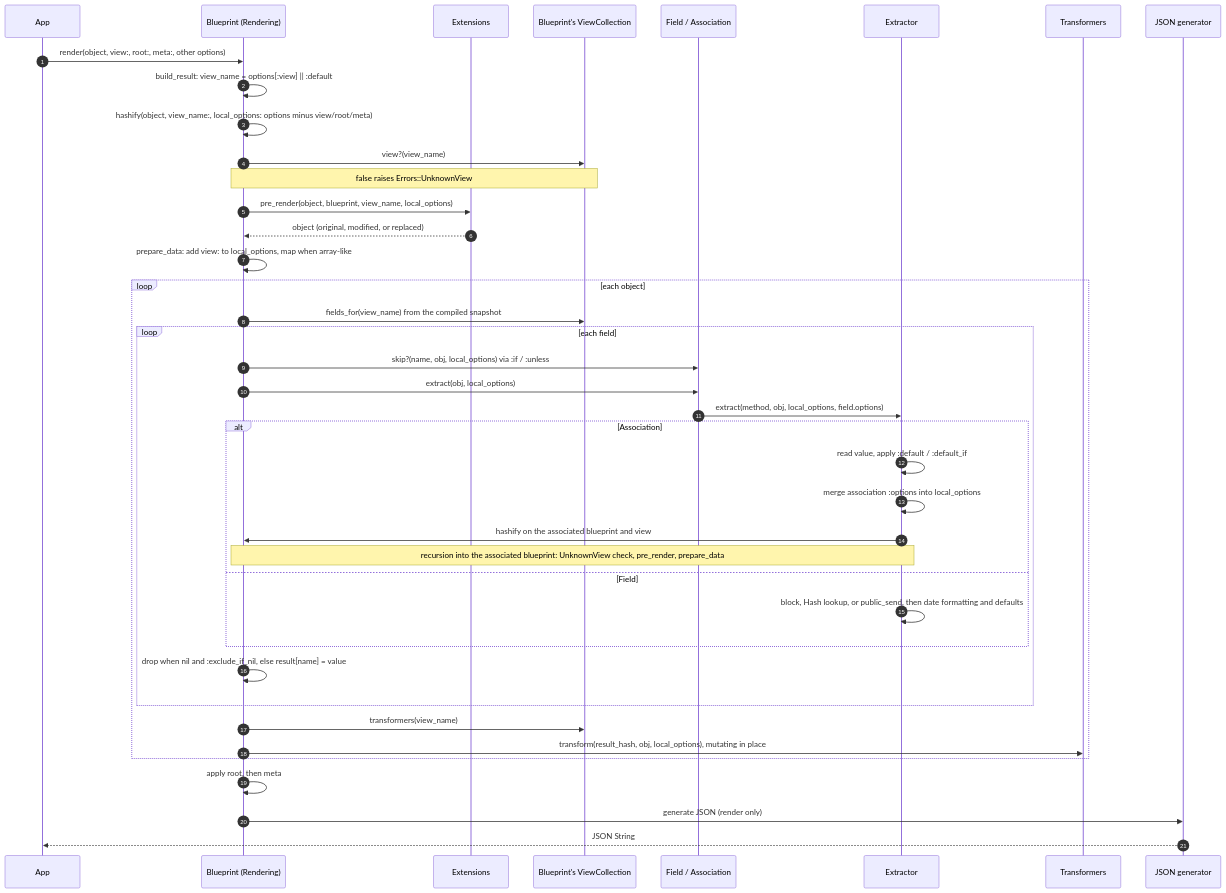
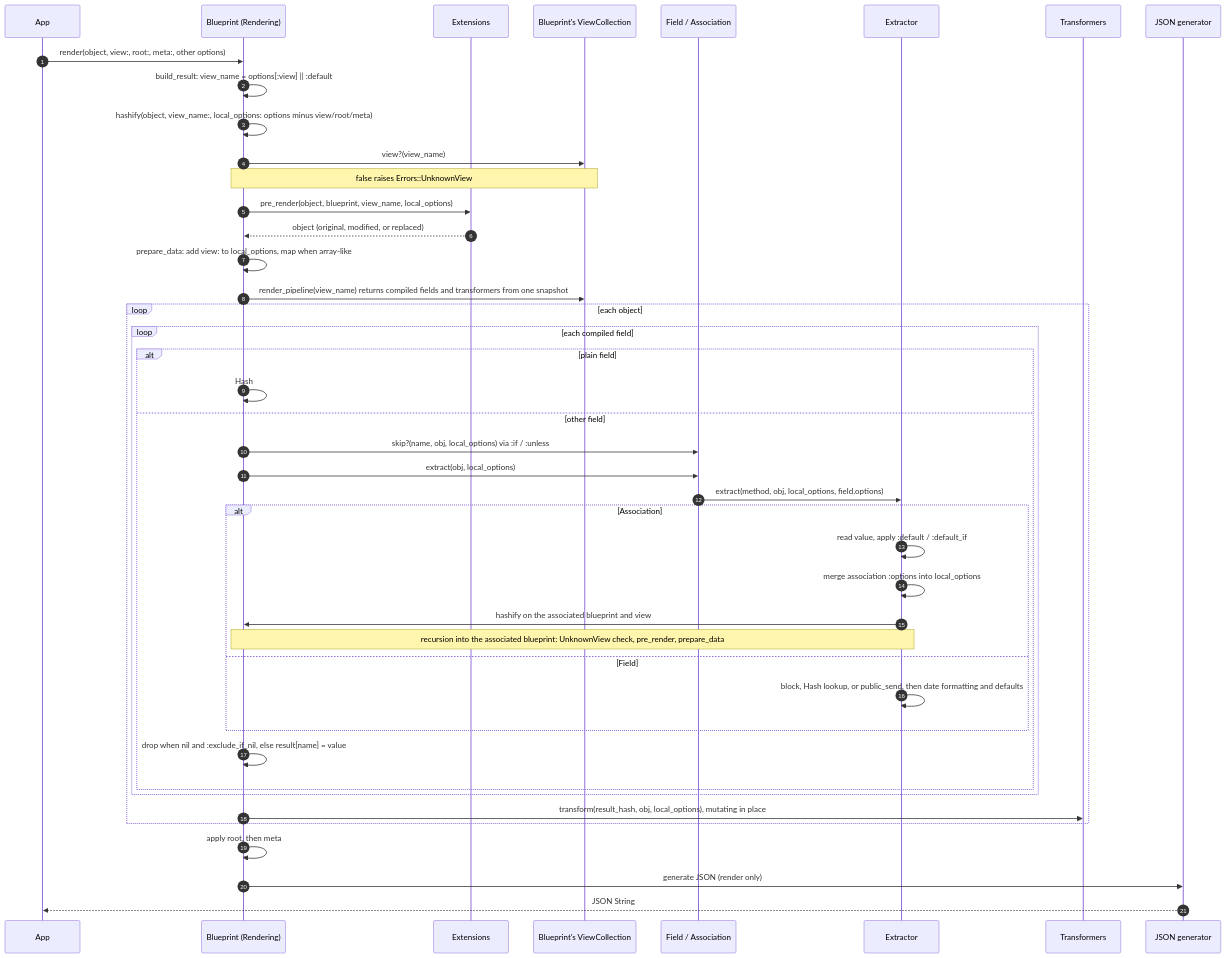
One commit to procore-oss/blueprinter changed the first of 3 diagrams in docs/architecture.md. Above: the diagram before and after it, drawn with Mermaid. The commit also changed other lines of this file and 13 other files, not shown here.

First line of the commit message:
perf: compile fields into a cached render pipeline

````diff
--- a/docs/architecture.md
+++ b/docs/architecture.md
@@ -72,43 +72,46 @@
 ```mermaid
 sequenceDiagram
   autonumber
   participant App
   participant B as Blueprint (Rendering)
   participant Ext as Extensions
   participant VC as Blueprint's ViewCollection
   participant F as Field / Association
   participant X as Extractor
   participant T as Transformers
   participant G as JSON generator
 
   App->>B: render(object, view:, root:, meta:, other options)
   B->>B: build_result: view_name = options[:view] || :default
   B->>B: hashify(object, view_name:, local_options: options minus view/root/meta)
   B->>VC: view?(view_name)
   Note over B,VC: false raises Errors::UnknownView
   B->>Ext: pre_render(object, blueprint, view_name, local_options)
   Ext-->>B: object (original, modified, or replaced)
   B->>B: prepare_data: add view: to local_options, map when array-like
+  B->>VC: render_pipeline(view_name) returns compiled fields and transformers from one snapshot
   loop each object
-    B->>VC: fields_for(view_name) from the compiled snapshot
-    loop each field
-      B->>F: skip?(name, obj, local_options) via :if / :unless
-      B->>F: extract(obj, local_options)
-      F->>X: extract(method, obj, local_options, field.options)
-      alt Association
-        X->>X: read value, apply :default / :default_if
-        X->>X: merge association :options into local_options
-        X->>B: hashify on the associated blueprint and view
-        Note over X,B: recursion into the associated blueprint: UnknownView check, pre_render, prepare_data
-      else Field
-        X->>X: block, Hash lookup, or public_send, then date formatting and defaults
+    loop each compiled field
+      alt plain field
+        B->>B: Hash#[] or public_send, result[name] = value
+      else other field
+        B->>F: skip?(name, obj, local_options) via :if / :unless
+        B->>F: extract(obj, local_options)
+        F->>X: extract(method, obj, local_options, field.options)
+        alt Association
+          X->>X: read value, apply :default / :default_if
+          X->>X: merge association :options into local_options
+          X->>B: hashify on the associated blueprint and view
+          Note over X,B: recursion into the associated blueprint: UnknownView check, pre_render, prepare_data
+        else Field
+          X->>X: block, Hash lookup, or public_send, then date formatting and defaults
+        end
+        B->>B: drop when nil and :exclude_if_nil, else result[name] = value
       end
-      B->>B: drop when nil and :exclude_if_nil, else result[name] = value
     end
-    B->>VC: transformers(view_name)
     B->>T: transform(result_hash, obj, local_options), mutating in place
   end
   B->>B: apply root, then meta
   B->>G: generate JSON (render only)
   G-->>App: JSON String
 ```
````
